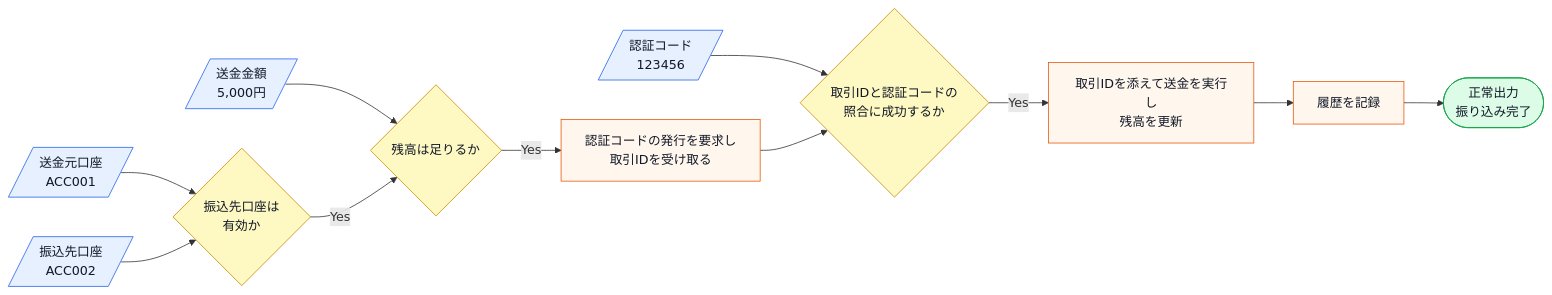
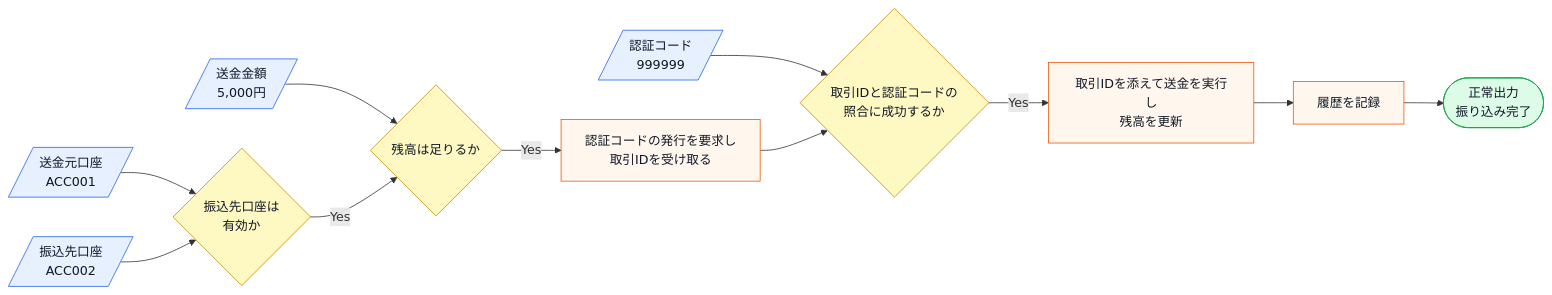
One commit to kumachan1101-pixel/DesignPattern changed the third of 9 diagrams in kindle/design-patterns/output/chapter02.md. Above: the diagram before and after it, drawn with Mermaid. The commit also changed other lines of this file and 1 other file, not shown here.

Commit message:
第1・2章: 通読で見つけた微小な流れ/整合の不備を修正
- 第1章 1-1：正常系図の直後に、未導入の「カートプレビュー」の話が後方参照
  付きで割り込み、読者の流れを乱していた段落を削除（同論点は1-1末尾の表と
  1-3で正しく導入済みのため情報欠落なし）
- 第2章 1-1/1-5：正常系・変更後フローの図でOTP例が123456になっていたが、
  仕様表・全main()・検証コード（return token=="999999"）は999999で、
  図のOTPでは実際には認証失敗＝図の「振り込み完了」と矛盾。図を999999へ統一
- 全検証と diff --check 通過

Claude-Session: https://claude.ai/code/session_01LvbgEpUiLbpFKsKig1aGZy

````diff
--- a/kindle/design-patterns/output/chapter02.md
+++ b/kindle/design-patterns/output/chapter02.md
@@ -620,19 +620,19 @@
 ```mermaid
 flowchart LR
     A[/送金元口座<br>ACC001/]:::input --> D{振込先口座は<br>有効か}:::decision
     C[/振込先口座<br>ACC002/]:::input --> D
     E[/送金金額<br>5,000円/]:::input --> B{残高は足りるか}:::decision
     D -->|Yes| B
     B -->|Yes| P[認証コードの発行を要求し<br>取引IDを受け取る]:::process
-    F[/認証コード<br>123456/]:::input --> G
+    F[/認証コード<br>999999/]:::input --> G
     P --> G{取引IDと認証コードの<br>照合に成功するか}:::decision
     G -->|Yes| H
     H[取引IDを添えて送金を実行し<br>残高を更新]:::process
     H --> I[履歴を記録]:::process
     I --> J([正常出力<br>振り込み完了]):::normal
 
     classDef input fill:#e7f0ff,stroke:#2563eb,color:#111827;
     classDef process fill:#fff7ed,stroke:#ea580c,color:#111827;
     classDef decision fill:#fef9c3,stroke:#ca8a04,color:#111827;
     classDef normal fill:#dcfce7,stroke:#16a34a,color:#111827;
 ```
````
